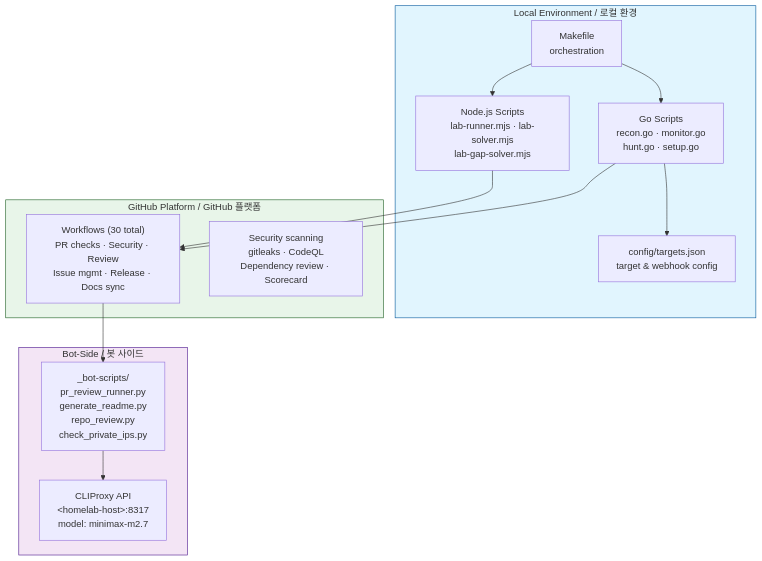
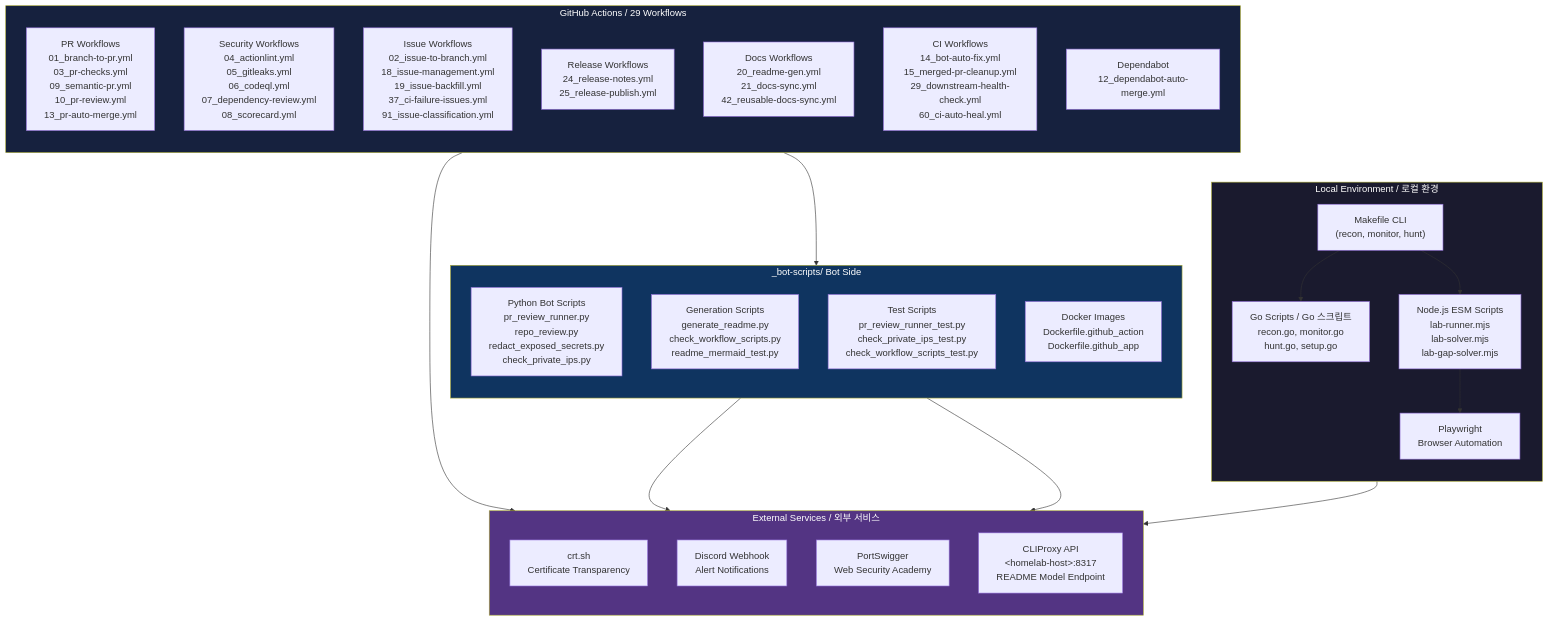
Before and after one commit to jclee941/bug: the diagram in README.md, drawn with Mermaid. The commit also changed other lines of this file, not shown here.

Commit message:
docs: auto-update README.md

````diff
--- a/README.md
+++ b/README.md
@@ -71,31 +87,51 @@
 ```mermaid
 flowchart TB
-    subgraph Local["Local Environment / 로컬 환경"]
-        A["Makefile<br/>orchestration"]
-        B["Go Scripts<br/>recon.go · monitor.go<br/>hunt.go · setup.go"]
-        C["Node.js Scripts<br/>lab-runner.mjs · lab-solver.mjs<br/>lab-gap-solver.mjs"]
-        D["config/targets.json<br/>target &amp; webhook config"]
+    subgraph LOCAL["Local Environment / 로컬 환경"]
+        direction TB
+        CLI["Makefile CLI<br/>(recon, monitor, hunt)"]
+        GO["Go Scripts / Go 스크립트<br/>recon.go, monitor.go<br/>hunt.go, setup.go"]
+        JS["Node.js ESM Scripts<br/>lab-runner.mjs<br/>lab-solver.mjs<br/>lab-gap-solver.mjs"]
+        PLAY["Playwright<br/>Browser Automation"]
     end
 
-    subgraph BotSide["Bot-Side / 봇 사이드"]
-        E["_bot-scripts/<br/>pr_review_runner.py<br/>generate_readme.py<br/>repo_review.py<br/>check_private_ips.py"]
-        F["CLIProxy API<br/>&lt;homelab-host&gt;:8317<br/>model: minimax-m2.7"]
+    subgraph GH["GitHub Actions / 29 Workflows"]
+        direction TB
+        PR["PR Workflows<br/>01_branch-to-pr.yml<br/>03_pr-checks.yml<br/>09_semantic-pr.yml<br/>10_pr-review.yml<br/>13_pr-auto-merge.yml"]
+        SEC["Security Workflows<br/>04_actionlint.yml<br/>05_gitleaks.yml<br/>06_codeql.yml<br/>07_dependency-review.yml<br/>08_scorecard.yml"]
+        ISSUE["Issue Workflows<br/>02_issue-to-branch.yml<br/>18_issue-management.yml<br/>19_issue-backfill.yml<br/>37_ci-failure-issues.yml<br/>91_issue-classification.yml"]
+        REL["Release Workflows<br/>24_release-notes.yml<br/>25_release-publish.yml"]
+        DOC["Docs Workflows<br/>20_readme-gen.yml<br/>21_docs-sync.yml<br/>42_reusable-docs-sync.yml"]
+        CI["CI Workflows<br/>14_bot-auto-fix.yml<br/>15_merged-pr-cleanup.yml<br/>29_downstream-health-check.yml<br/>60_ci-auto-heal.yml"]
+        DEPS["Dependabot<br/>12_dependabot-auto-merge.yml"]
     end
 
-    subgraph GitHub["GitHub Platform / GitHub 플랫폼"]
-        G["Workflows (30 total)<br/>PR checks · Security · Review<br/>Issue mgmt · Release · Docs sync"]
-        H["Security scanning<br/>gitleaks · CodeQL<br/>Dependency review · Scorecard"]
+    subgraph BOT["_bot-scripts/ Bot Side"]
+        direction TB
+        BOT_PY["Python Bot Scripts<br/>pr_review_runner.py<br/>repo_review.py<br/>redact_exposed_secrets.py<br/>check_private_ips.py"]
+        BOT_GEN["Generation Scripts<br/>generate_readme.py<br/>check_workflow_scripts.py<br/>readme_mermaid_test.py"]
+        BOT_TEST["Test Scripts<br/>pr_review_runner_test.py<br/>check_private_ips_test.py<br/>check_workflow_scripts_test.py"]
+        DOCKER["Docker Images<br/>Dockerfile.github_action<br/>Dockerfile.github_app"]
     end
 
-    A --> B
-    A --> C
-    B --> D
-    B --> G
-    C --> G
-    E --> F
-    G --> E
+    subgraph EXT["External Services / 외부 서비스"]
+        direction TB
+        CRT["crt.sh<br/>Certificate Transparency"]
+        DISCORD["Discord Webhook<br/>Alert Notifications"]
+        PORTSWIGGER["PortSwigger<br/>Web Security Academy"]
+        CLIPROXY["CLIProxy API<br/>&lt;homelab-host&gt;:8317<br/>README Model Endpoint"]
+    end
 
-    style Local fill:#e1f5fe,stroke:#01579b
-    style BotSide fill:#f3e5f5,stroke:#4a148c
-    style GitHub fill:#e8f5e9,stroke:#1b5e20
+    CLI --> GO
+    CLI --> JS
+    JS --> PLAY
+    GO --> EXT
+    BOT_GEN --> CLIPROXY
+    BOT_PY --> EXT
+    GH --> BOT
+    GH --> EXT
+
+    style LOCAL fill:#1a1a2e,color:#fff
+    style GH fill:#16213e,color:#fff
+    style BOT fill:#0f3460,color:#fff
+    style EXT fill:#533483,color:#fff
 ```
````
